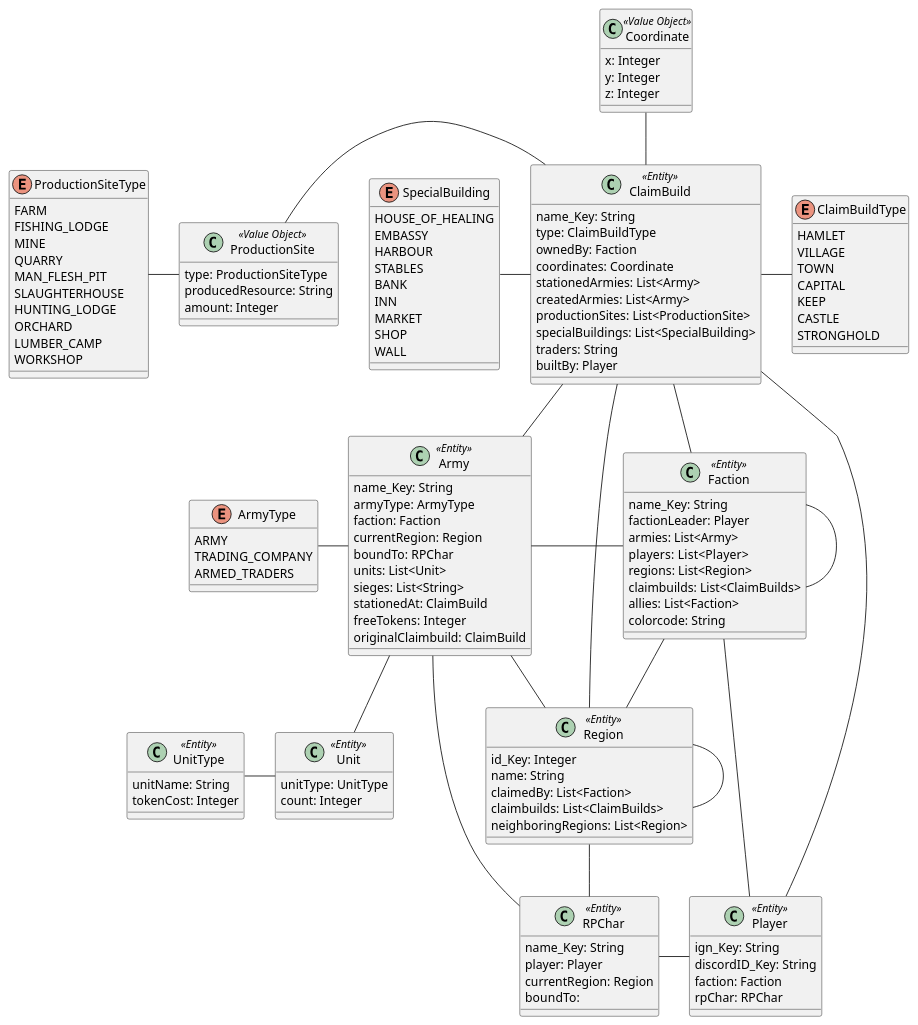
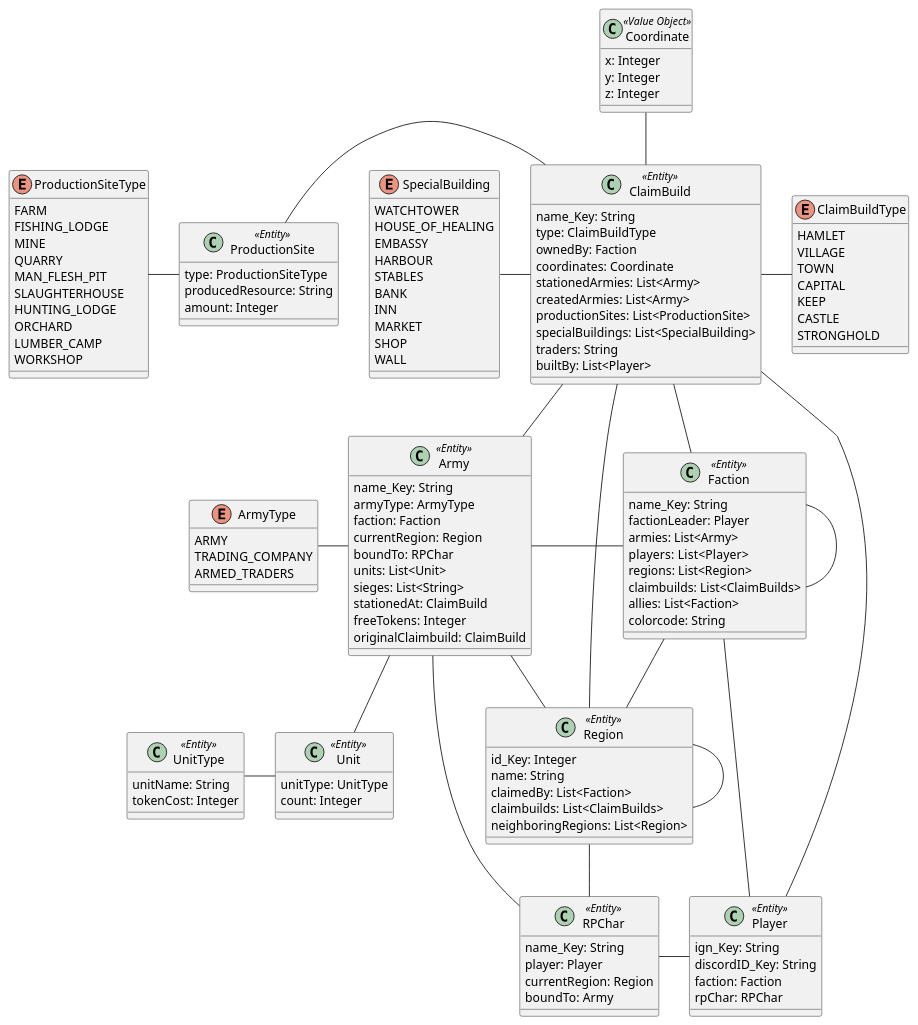
Before and after one commit to Team-KekX/Ardas-Legends-App: the diagram in ALRoleplaySystem/src/main/java/puml/ArdasLegendsDomain.puml, drawn with PlantUML. The commit also changed 14 other files, not shown here.

```diff
--- a/ALRoleplaySystem/src/main/java/puml/ArdasLegendsDomain.puml
+++ b/ALRoleplaySystem/src/main/java/puml/ArdasLegendsDomain.puml
@@ -1,155 +1,156 @@
 @startuml
 class Region <<Entity>> {
     id_Key: Integer
     name: String
     claimedBy: List<Faction>
     claimbuilds: List<ClaimBuilds>
     neighboringRegions: List<Region>
 }
 
 class ClaimBuild <<Entity>> {
     name_Key: String
     type: ClaimBuildType
     ownedBy: Faction
     coordinates: Coordinate
     stationedArmies: List<Army>
     createdArmies: List<Army>
     productionSites: List<ProductionSite>
     specialBuildings: List<SpecialBuilding>
     traders: String
-    builtBy: Player
+    builtBy: List<Player>
 }
 
 enum ClaimBuildType {
     HAMLET
     VILLAGE
     TOWN
     CAPITAL
     KEEP
     CASTLE
     STRONGHOLD
 }
 
 class Faction <<Entity>> {
     name_Key: String
     factionLeader: Player
     armies: List<Army>
     players:  List<Player>
     regions: List<Region>
     claimbuilds: List<ClaimBuilds>
     allies: List<Faction>
     colorcode: String
 }
 
 class Player <<Entity>> {
     ign_Key: String
     discordID_Key: String
     faction: Faction
     rpChar: RPChar
 }
 
 class RPChar <<Entity>> {
     name_Key: String
     player: Player
     currentRegion: Region
-    boundTo:
+    boundTo: Army
 }
 
 class Coordinate <<Value Object>> {
     x: Integer
     y: Integer
     z: Integer
 }
 
-class ProductionSite <<Value Object>> {
+class ProductionSite <<Entity>> {
     type: ProductionSiteType
     producedResource: String
     amount: Integer
 }
 
 enum ProductionSiteType {
     FARM
     FISHING_LODGE
     MINE
     QUARRY
     MAN_FLESH_PIT
     SLAUGHTERHOUSE
     HUNTING_LODGE
     ORCHARD
     LUMBER_CAMP
     WORKSHOP
 }
 
 enum SpecialBuilding {
+    WATCHTOWER
     HOUSE_OF_HEALING
     EMBASSY
     HARBOUR
     STABLES
     BANK
     INN
     MARKET
     SHOP
     WALL
 }
 
 class Army <<Entity>> {
     name_Key: String
     armyType: ArmyType
     faction: Faction
     currentRegion: Region
     boundTo: RPChar
     units: List<Unit>
     sieges: List<String>
     stationedAt: ClaimBuild
     freeTokens: Integer
     originalClaimbuild: ClaimBuild
 }
 
 enum ArmyType {
     ARMY
     TRADING_COMPANY
     ARMED_TRADERS
 }
 
 class Unit <<Entity>> {
     unitType: UnitType
     count: Integer
 }
 
 class UnitType <<Entity>> {
     unitName: String
     tokenCost: Integer
 }
 
 Region -  ClaimBuild
 Region - Region
 Region -down- RPChar
 
 Faction -down- Region
 Faction -right Player
 Faction -left Army
 Faction -up- ClaimBuild
 Faction - Faction
 
 ClaimBuild - Player
 ClaimBuild -right- ClaimBuildType
 ClaimBuild -up- Coordinate
 ClaimBuild - Army
 
 ProductionSite - ClaimBuild
 SpecialBuilding - ClaimBuild
 
 ProductionSite -left- ProductionSiteType
 
 
 RPChar - Player
 
 Army -down- Unit
 Army - Region
 Army - RPChar
 
 ArmyType - Army
 
 UnitType - Unit
 
 @enduml
```
